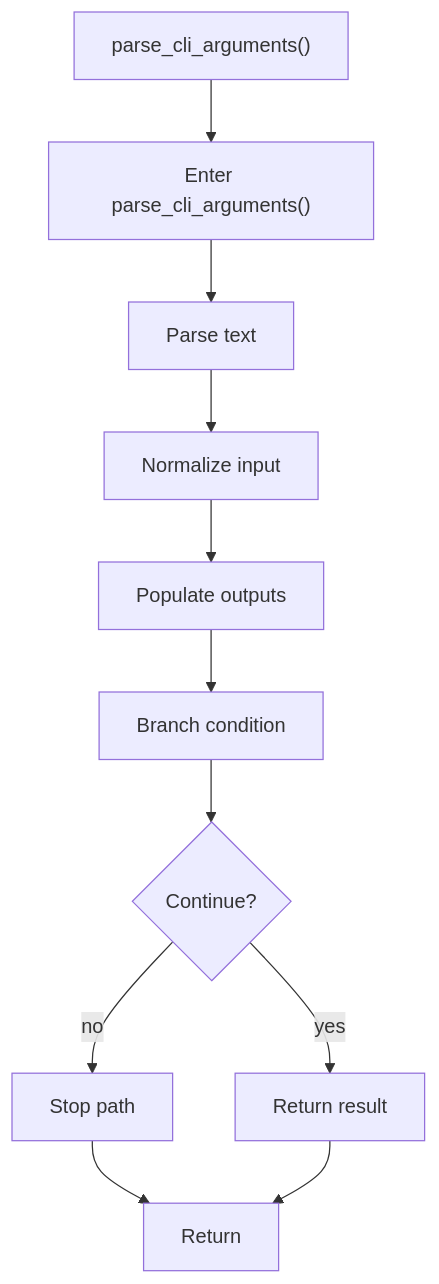
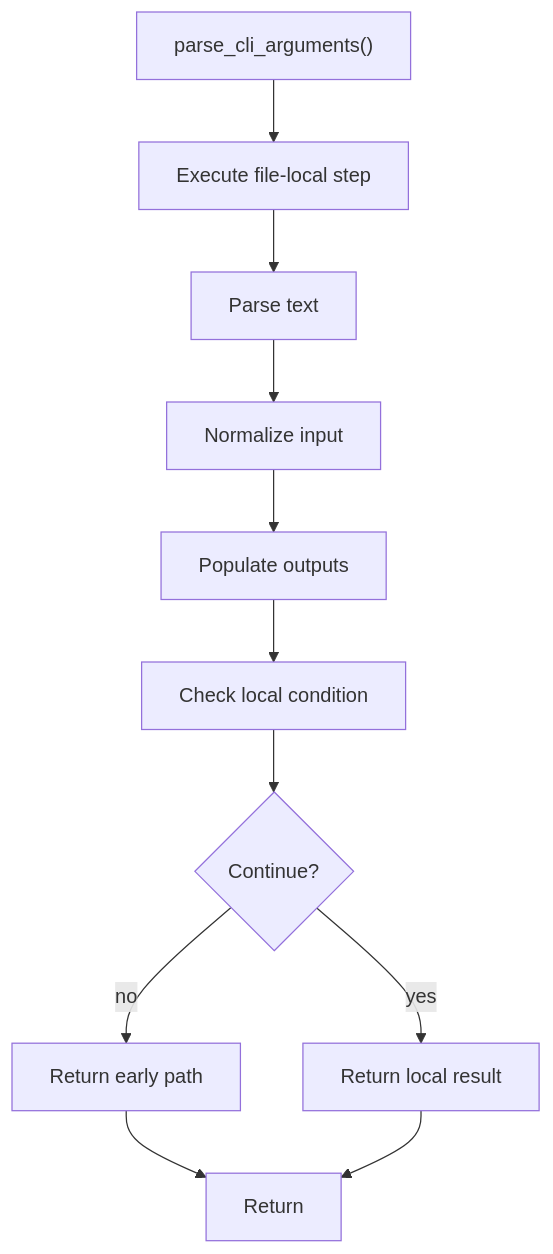
The sixth of 6 diagrams in docs/Codebase/Microservice/Modules/Source/Analysis/Input/cli_arguments.cpp.md (JohnAndrewBalbarosa/NeoTerritory), drawn with Mermaid before and after one commit. The commit also changed other lines of this file and 925 other files, not shown here.

````diff
--- a/docs/Codebase/Microservice/Modules/Source/Analysis/Input/cli_arguments.cpp.md
+++ b/docs/Codebase/Microservice/Modules/Source/Analysis/Input/cli_arguments.cpp.md
@@ -185,23 +184,23 @@
 ```mermaid
 flowchart TD
     Start["parse_cli_arguments()"]
-    N0["Enter parse_cli_arguments()"]
+    N0["Execute file-local step"]
     N1["Parse text"]
     N2["Normalize input"]
     N3["Populate outputs"]
-    N4["Branch condition"]
+    N4["Check local condition"]
     D4{"Continue?"}
-    R4["Stop path"]
-    N5["Return result"]
+    R4["Return early path"]
+    N5["Return local result"]
     End["Return"]
     Start --> N0
     N0 --> N1
     N1 --> N2
     N2 --> N3
     N3 --> N4
     N4 --> D4
     D4 -->|yes| N5
     D4 -->|no| R4
     R4 --> End
     N5 --> End
 ```
````
